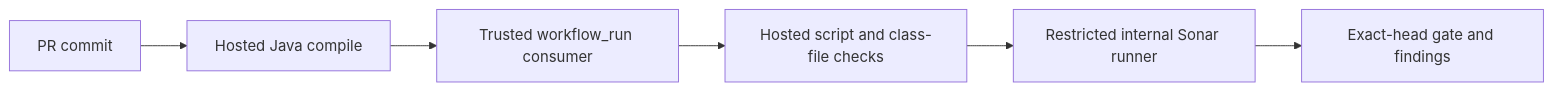
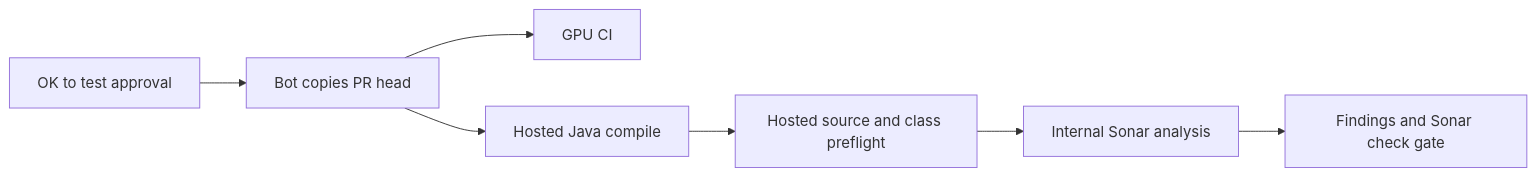
One commit to NVIDIA/cudf-spark-jni changed the diagram in .github/scripts/sonar-check/README.md. Above: the diagram before and after it, drawn with Mermaid. The commit also changed other lines of this file and 8 other files, not shown here.

Commit message:
Run Sonar through copy-PR approval and reuse Maven caches

````diff
--- a/.github/scripts/sonar-check/README.md
+++ b/.github/scripts/sonar-check/README.md
@@ -7,8 +10,9 @@
 ```mermaid
 flowchart LR
-  A[PR commit] --> B[Hosted Java compile]
-  B --> C[Trusted workflow_run consumer]
-  C --> D[Hosted script and class-file checks]
-  D --> E[Restricted internal Sonar runner]
-  E --> F[Exact-head gate and findings]
+  A[OK to test approval] --> B[Bot copies PR head]
+  B --> C[GPU CI]
+  B --> D[Hosted Java compile]
+  D --> E[Hosted source and class preflight]
+  E --> F[Internal Sonar analysis]
+  F --> G[Findings and Sonar check gate]
 ```
````
